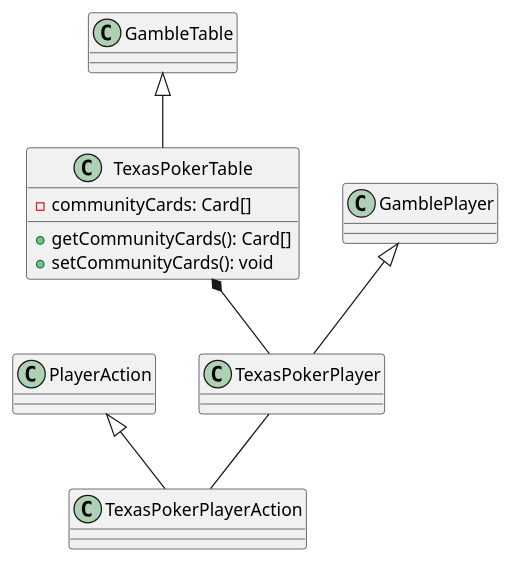
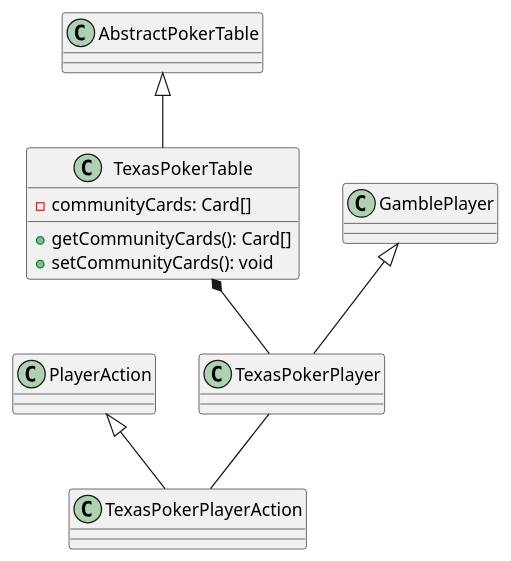
One commit to recursion-teamdev-teamd/devlog changed the diagram in uml/akiba/TexasPoker.puml. Above: the diagram before and after it, drawn with PlantUML. The commit also changed 3 other files, not shown here.

```diff
--- a/uml/akiba/TexasPoker.puml
+++ b/uml/akiba/TexasPoker.puml
@@ -1,12 +1,12 @@
 class TexasPokerPlayerAction extends PlayerAction{}
-class TexasPokerTable extends GambleTable{
+class TexasPokerTable extends AbstractPokerTable{
   -communityCards: Card[]
   +getCommunityCards(): Card[]
   +setCommunityCards(): void
 
 }
 class TexasPokerPlayer extends GamblePlayer{}
 
 
  TexasPokerTable *-- TexasPokerPlayer
  TexasPokerPlayer -- TexasPokerPlayerAction
```
